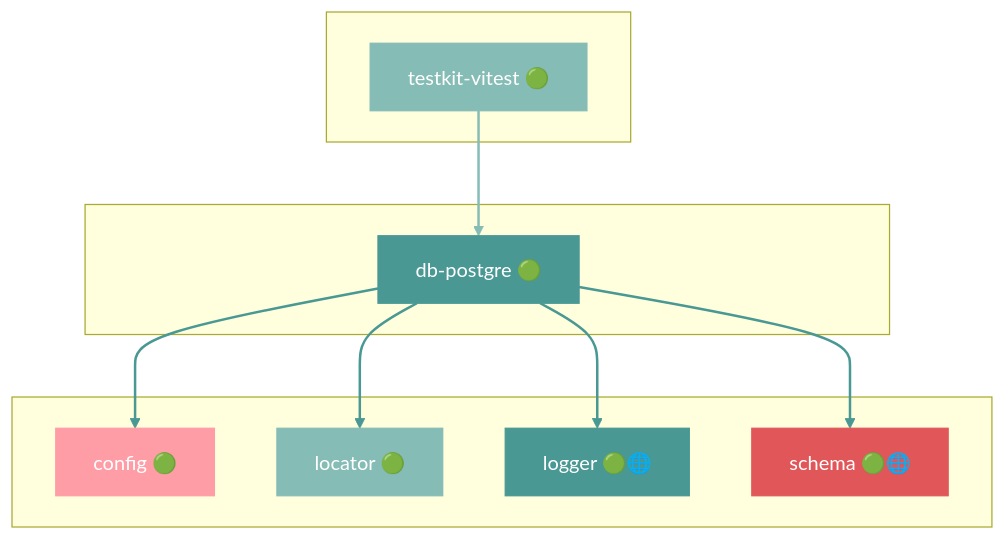
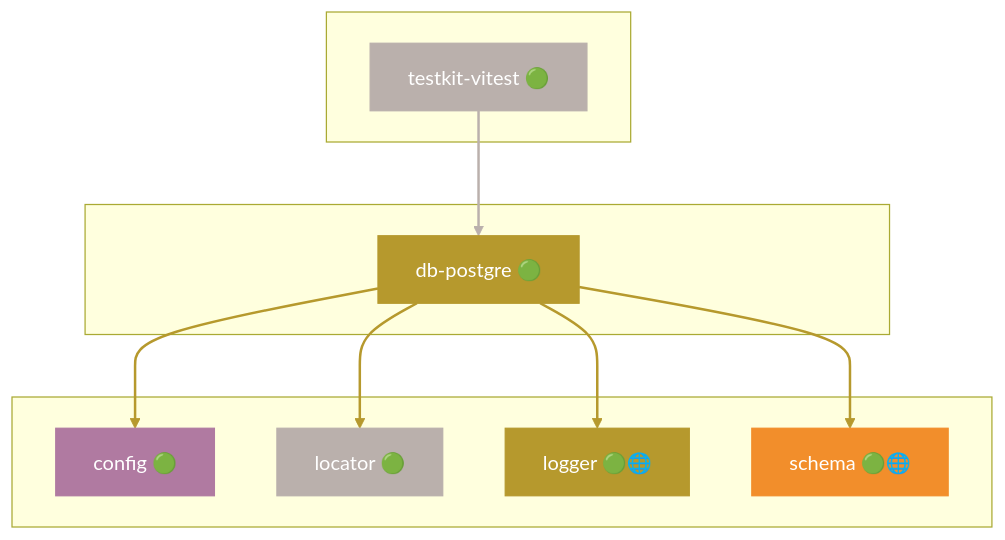
Diagram 14 of 50 in docs/DEPENDENCIES.md (grest-ts/grest-ts), drawn with Mermaid before and after one commit. The commit also changed other lines of this file and 57 other files, not shown here.

````diff
--- a/docs/DEPENDENCIES.md
+++ b/docs/DEPENDENCIES.md
@@ -981,31 +951,31 @@
 ```mermaid
 flowchart TB
     subgraph Dependents[" "]
         testkit-vitest["testkit-vitest 🟢"]
     end
     subgraph Package[" "]
         db-postgre["db-postgre 🟢"]
     end
     subgraph Dependencies[" "]
         config["config 🟢"]
         locator["locator 🟢"]
         logger["logger 🟢🌐"]
         schema["schema 🟢🌐"]
     end
     testkit-vitest --> db-postgre
     db-postgre --> config
     db-postgre --> locator
     db-postgre --> logger
     db-postgre --> schema
-    style db-postgre fill:#499894,stroke:#499894,color:#fff
-    style testkit-vitest fill:#86BCB6,stroke:#86BCB6,color:#fff
-    style config fill:#FF9DA7,stroke:#FF9DA7,color:#fff
-    style locator fill:#86BCB6,stroke:#86BCB6,color:#fff
-    style logger fill:#499894,stroke:#499894,color:#fff
-    style schema fill:#E15759,stroke:#E15759,color:#fff
-    linkStyle 0 stroke:#86BCB6,stroke-width:2px
-    linkStyle 1 stroke:#499894,stroke-width:2px
-    linkStyle 2 stroke:#499894,stroke-width:2px
-    linkStyle 3 stroke:#499894,stroke-width:2px
-    linkStyle 4 stroke:#499894,stroke-width:2px
+    style db-postgre fill:#B6992D,stroke:#B6992D,color:#fff
+    style testkit-vitest fill:#BAB0AC,stroke:#BAB0AC,color:#fff
+    style config fill:#B07AA1,stroke:#B07AA1,color:#fff
+    style locator fill:#BAB0AC,stroke:#BAB0AC,color:#fff
+    style logger fill:#B6992D,stroke:#B6992D,color:#fff
+    style schema fill:#F28E2B,stroke:#F28E2B,color:#fff
+    linkStyle 0 stroke:#BAB0AC,stroke-width:2px
+    linkStyle 1 stroke:#B6992D,stroke-width:2px
+    linkStyle 2 stroke:#B6992D,stroke-width:2px
+    linkStyle 3 stroke:#B6992D,stroke-width:2px
+    linkStyle 4 stroke:#B6992D,stroke-width:2px
 ```
````
